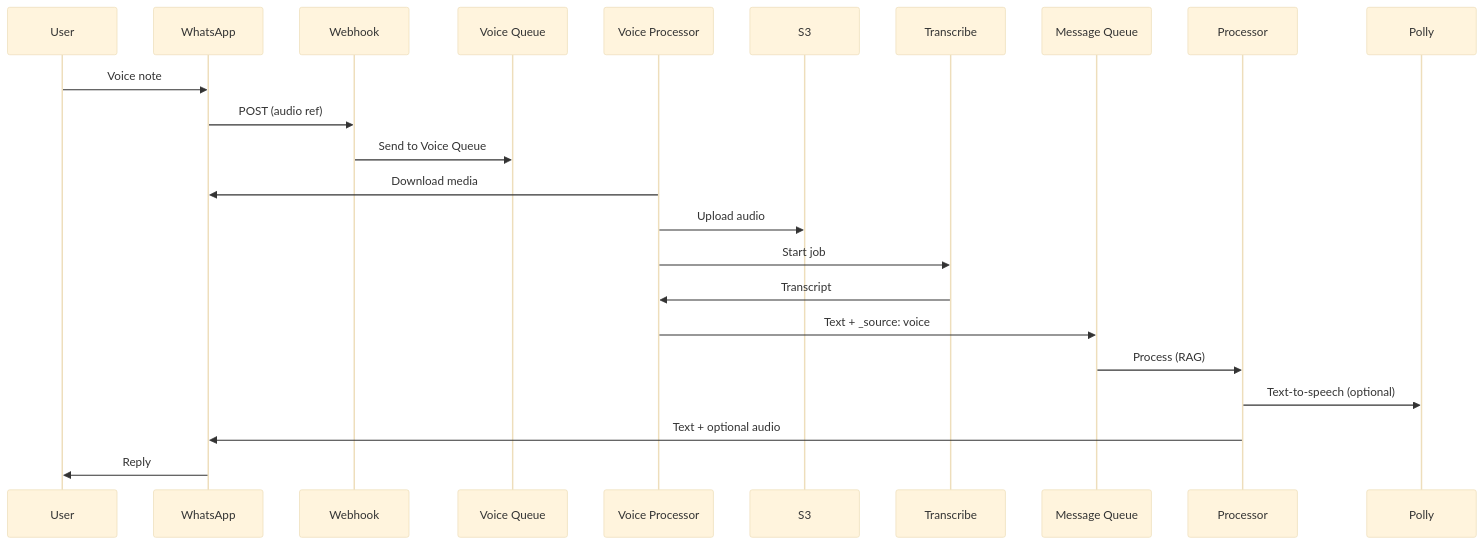
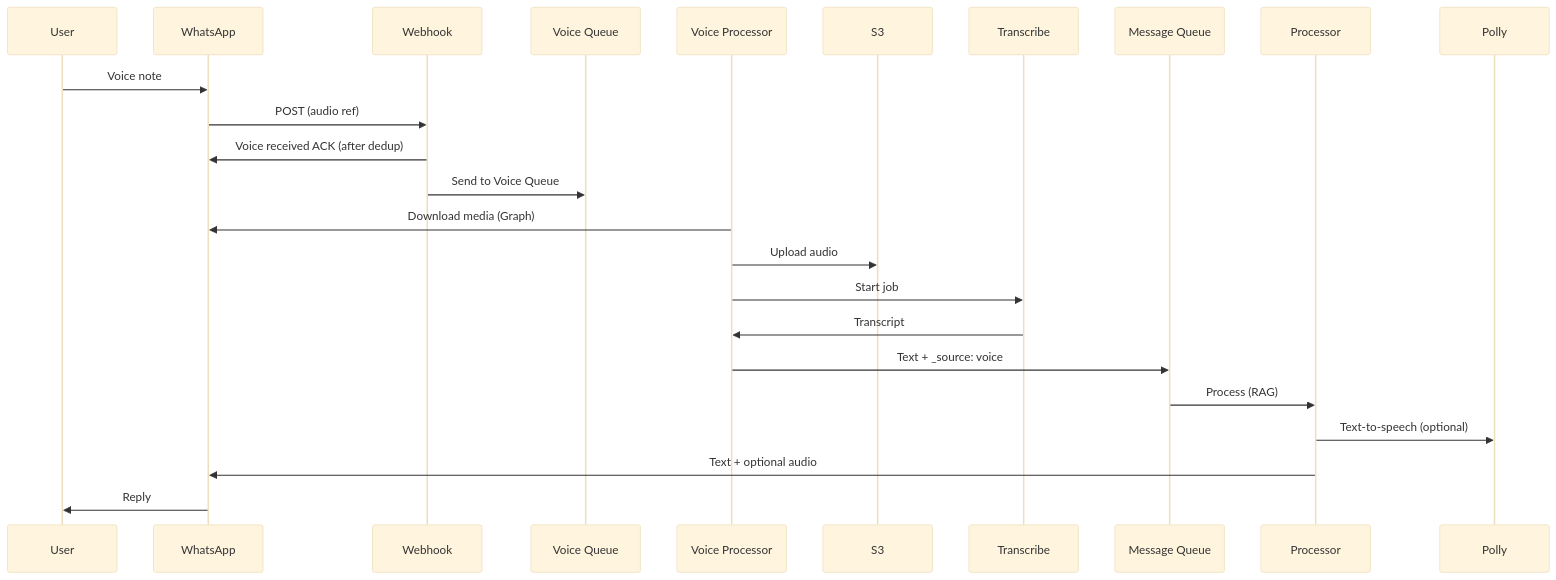
Before and after one commit to prasadt1/agrinexus-ai: the fifth of 7 diagrams in architecture/diagrams.md, drawn with Mermaid (base theme). The commit also changed other lines of this file and 25 other files, not shown here.

First line of the commit message:
Docs: align architecture and requirements with voice ACK and realistic latencies

````diff
--- a/architecture/diagrams.md
+++ b/architecture/diagrams.md
@@ -141,26 +145,27 @@
 ```mermaid
 sequenceDiagram
     participant U as User
     participant WA as WhatsApp
     participant WH as Webhook
     participant VQ as Voice Queue
     participant VP as Voice Processor
     participant S3 as S3
     participant Transcribe as Transcribe
     participant MQ as Message Queue
     participant Proc as Processor
     participant Polly as Polly
 
     U->>WA: Voice note
     WA->>WH: POST (audio ref)
+    WH->>WA: Voice received ACK (after dedup)
     WH->>VQ: Send to Voice Queue
-    VP->>WA: Download media
+    VP->>WA: Download media (Graph)
     VP->>S3: Upload audio
     VP->>Transcribe: Start job
     Transcribe->>VP: Transcript
     VP->>MQ: Text + _source: voice
     MQ->>Proc: Process (RAG)
     Proc->>Polly: Text-to-speech (optional)
     Proc->>WA: Text + optional audio
     WA->>U: Reply
 ```
````
